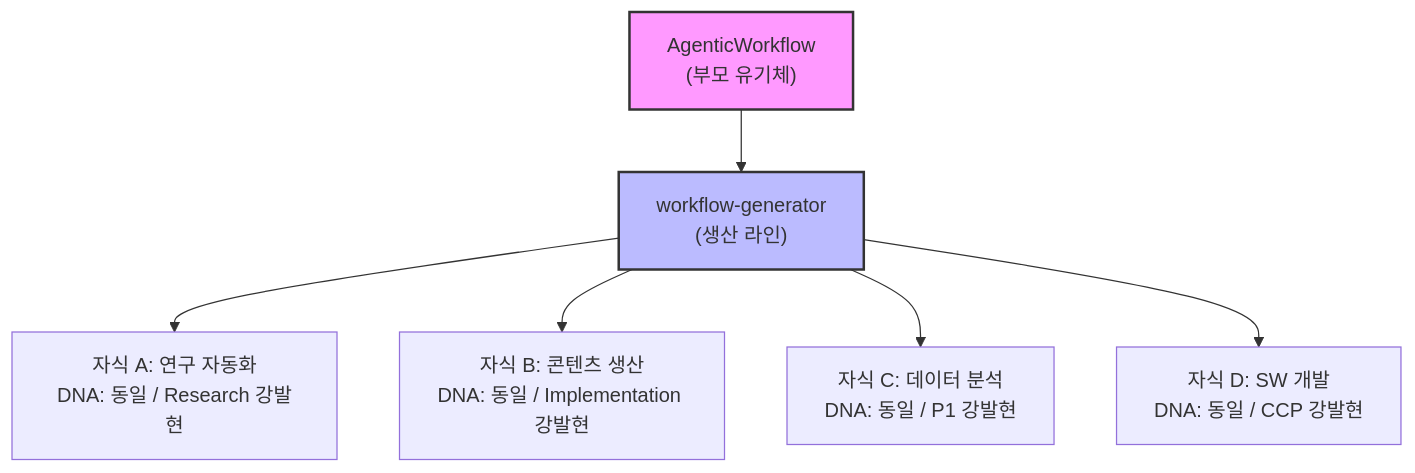
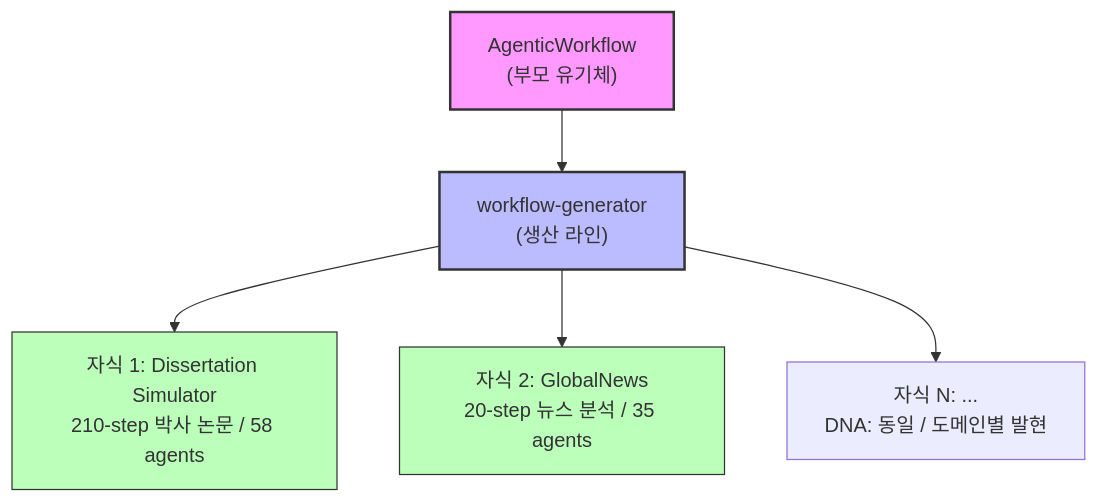
One commit to yfchyun/Dissertation-Simulator-AgenticWorkflow changed the first of 14 diagrams in AGENTICWORKFLOW-ARCHITECTURE-AND-PHILOSOPHY.md. Above: the diagram before and after it, drawn with Mermaid. The commit also changed other lines of this file and 79 other files, not shown here.

First line of the commit message:
feat: pCCS v3 + Predictive Debugging + mypy strict + GlobalNews 문서 동기화 — 75파일, 226 tests pass

````diff
--- a/AGENTICWORKFLOW-ARCHITECTURE-AND-PHILOSOPHY.md
+++ b/AGENTICWORKFLOW-ARCHITECTURE-AND-PHILOSOPHY.md
@@ -113,10 +113,11 @@
 ```mermaid
 graph TD
     A["AgenticWorkflow<br/>(부모 유기체)"] --> B["workflow-generator<br/>(생산 라인)"]
-    B --> C["자식 A: 연구 자동화<br/>DNA: 동일 / Research 강발현"]
-    B --> D["자식 B: 콘텐츠 생산<br/>DNA: 동일 / Implementation 강발현"]
-    B --> E["자식 C: 데이터 분석<br/>DNA: 동일 / P1 강발현"]
-    B --> F["자식 D: SW 개발<br/>DNA: 동일 / CCP 강발현"]
+    B --> C["자식 1: Dissertation Simulator<br/>210-step 박사 논문 / 58 agents"]
+    B --> D["자식 2: GlobalNews<br/>20-step 뉴스 분석 / 35 agents"]
+    B --> E["자식 N: ...<br/>DNA: 동일 / 도메인별 발현"]
     style A fill:#f9f,stroke:#333,stroke-width:2px
     style B fill:#bbf,stroke:#333,stroke-width:2px
+    style C fill:#bfb,stroke:#333
+    style D fill:#bfb,stroke:#333
 ```
````
